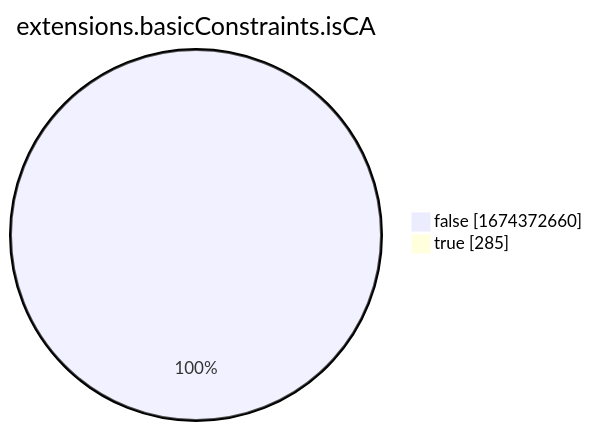
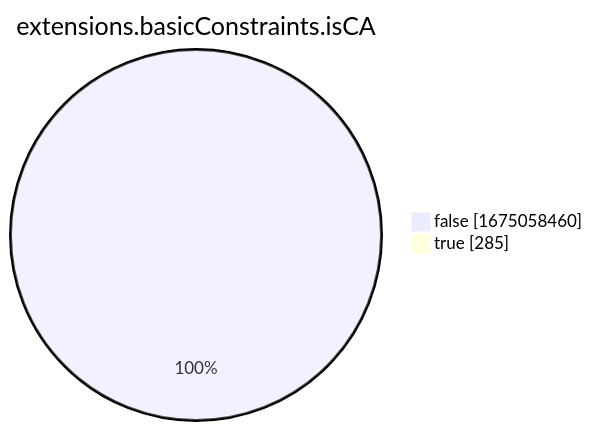
The eighth of 15 diagrams in xenon2022/README.md (christiankrug/ctmonitor_visualization), drawn with Mermaid before and after one commit. The commit also changed other lines of this file, not shown here.

````diff
--- a/xenon2022/README.md
+++ b/xenon2022/README.md
@@ -2865,6 +2865,6 @@
 ```mermaid
 pie showData
 title extensions.basicConstraints.isCA
-"false" :1674372660
+"false" :1675058460
 "true" :285
 ```
````
